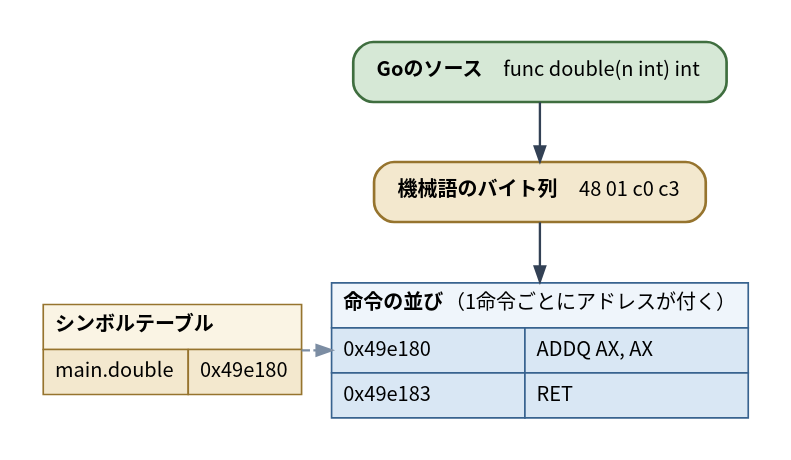
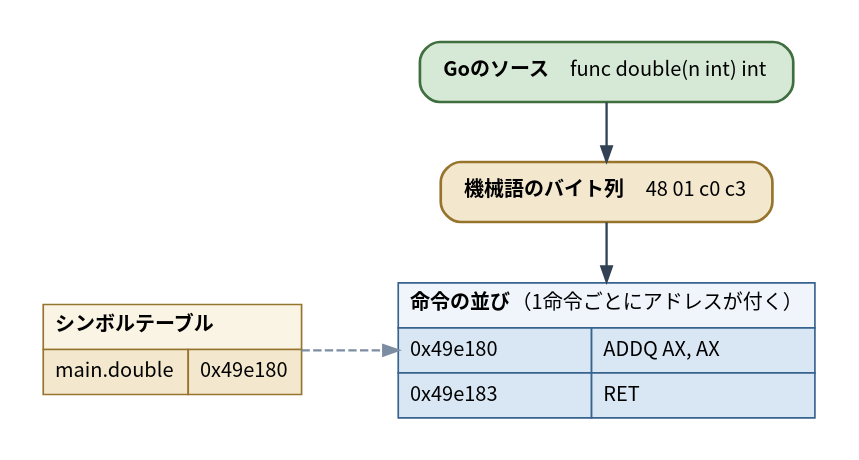
The diagram in diagrams/go-ebpf-primer/20260820-source-to-machine.dot (ymotongpoo/zenn.dev), drawn with Graphviz before and after one commit. The commit also changed 9 other files, not shown here.

First line of the commit message:
fix: 曲線・ラベルの帰属・矢印の形と長さを修正（5図）

```diff
--- a/diagrams/go-ebpf-primer/20260820-source-to-machine.dot
+++ b/diagrams/go-ebpf-primer/20260820-source-to-machine.dot
@@ -1,44 +1,47 @@
 // ソースから機械語へ、そしてシンボル
 digraph source_to_machine {
   graph [
     rankdir=TB, splines=ortho,
+    // symtab と insns は rank=same。既定の nodesep(0.25) だと
+    // 2つの箱の間の破線矢印が矢じりだけの切れ端に見えるので広げる。
+    nodesep=0.8,
     fontname="Harano Aji Gothic,Noto Sans CJK JP,IPAGothic", fontsize=13,
     bgcolor="white", pad=0.25
   ];
   node [
     fontname="Harano Aji Gothic,Noto Sans CJK JP,IPAGothic", fontsize=12,
     shape=box, style="rounded,filled",
     fillcolor="#F1F5F9", color="#475569", penwidth=1.6,
     margin="0.2,0.14"
   ];
   edge [
     fontname="Harano Aji Gothic,Noto Sans CJK JP,IPAGothic", fontsize=11,
     color="#334155", penwidth=1.4, arrowsize=0.9,
     fontcolor="#1E293B"
   ];
 
   src [label=<<b>Goのソース</b>　func double(n int) int>, fillcolor="#D6E8D6", color="#3F6E3F"];
   bytes [label=<<b>機械語のバイト列</b>　48 01 c0 c3>, fillcolor="#F3E8CE", color="#96742E"];
 
   insns [shape=plain, style="", label=<
     <table border="0" cellborder="1" cellspacing="0" cellpadding="6" color="#38638F">
       <tr><td colspan="2" align="left" bgcolor="#EFF5FB"><b>命令の並び</b>（1命令ごとにアドレスが付く）</td></tr>
       <tr><td port="head" align="left" bgcolor="#D9E7F4">0x49e180</td>
           <td align="left" bgcolor="#D9E7F4">ADDQ AX, AX</td></tr>
       <tr><td align="left" bgcolor="#D9E7F4">0x49e183</td>
           <td align="left" bgcolor="#D9E7F4">RET</td></tr>
     </table>>];
 
   symtab [shape=plain, style="", label=<
     <table border="0" cellborder="1" cellspacing="0" cellpadding="6" color="#96742E">
       <tr><td colspan="2" align="left" bgcolor="#FAF4E4"><b>シンボルテーブル</b></td></tr>
       <tr><td align="left" bgcolor="#F3E8CE">main.double</td>
           <td port="addr" align="left" bgcolor="#F3E8CE">0x49e180</td></tr>
     </table>>];
 
   src -> bytes;
   bytes -> insns;
   symtab:addr:e -> insns:head:w [style=dashed, color="#7C8DA3"];
 
   { rank=same; symtab; insns; }
 }
```
